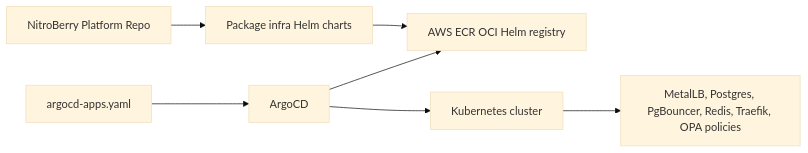
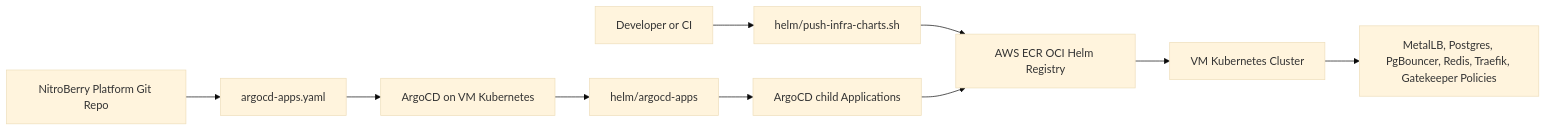
Before and after one commit to abhimanyu8829/nbs-argo: the diagram in README.md, drawn with Mermaid (base theme). The commit also changed other lines of this file, not shown here.

````diff
--- a/README.md
+++ b/README.md
@@ -58,9 +18,12 @@
 ```mermaid
 flowchart LR
-    Repo["NitroBerry Platform Repo"] --> Package["Package infra Helm charts"]
-    Package --> ECR["AWS ECR OCI Helm registry"]
-    Apps["argocd-apps.yaml"] --> ArgoCD["ArgoCD"]
-    ArgoCD --> ECR
-    ArgoCD --> Cluster["Kubernetes cluster"]
-    Cluster --> Infra["MetalLB, Postgres, PgBouncer, Redis, Traefik, OPA policies"]
+    Dev["Developer or CI"] --> Push["helm/push-infra-charts.sh"]
+    Push --> ECR["AWS ECR OCI Helm Registry"]
+    Git["NitroBerry Platform Git Repo"] --> RootApp["argocd-apps.yaml"]
+    RootApp --> ArgoCD["ArgoCD on VM Kubernetes"]
+    ArgoCD --> AppOfApps["helm/argocd-apps"]
+    AppOfApps --> ChildApps["ArgoCD child Applications"]
+    ChildApps --> ECR
+    ECR --> Cluster["VM Kubernetes Cluster"]
+    Cluster --> Infra["MetalLB, Postgres, PgBouncer, Redis, Traefik, Gatekeeper Policies"]
 ```
````
